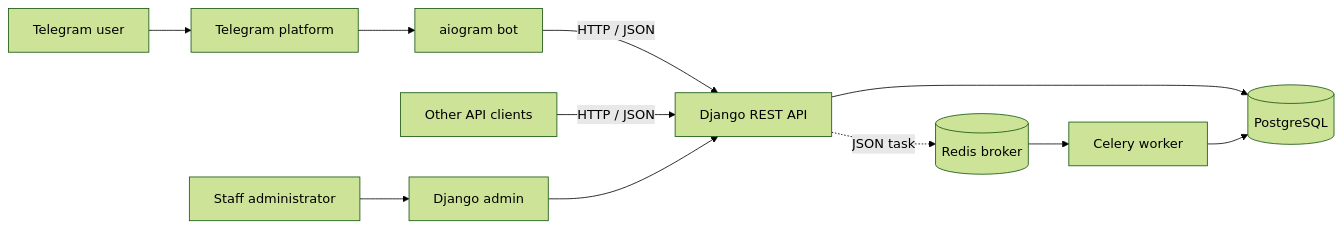
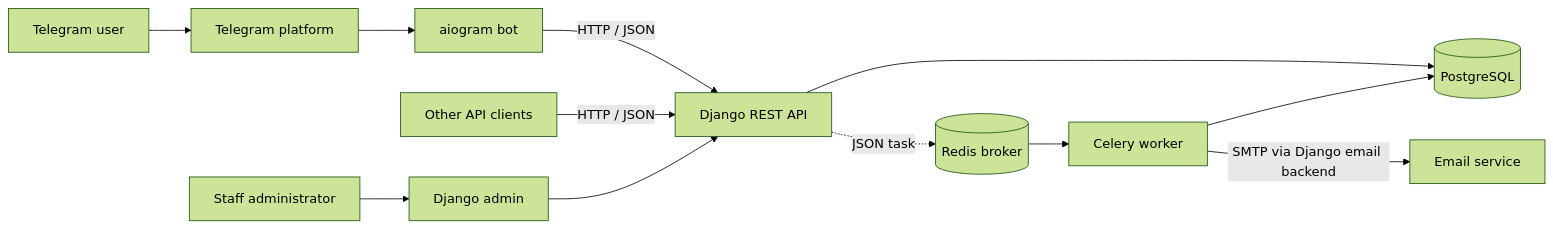
One commit to vladyslav-fdnk/ludora changed the first of 5 diagrams in docs/ARCHITECTURE.md. Above: the diagram before and after it, drawn with Mermaid (forest theme). The commit also changed other lines of this file and 1 other file, not shown here.

Commit message:
Improve project documentation and architecture

````diff
--- a/docs/ARCHITECTURE.md
+++ b/docs/ARCHITECTURE.md
@@ -117,13 +111,14 @@
 ```mermaid
 flowchart LR
     TU[Telegram user] --> TG[Telegram platform]
     TG --> BOT[aiogram bot]
     BOT -->|HTTP / JSON| API[Django REST API]
     WC[Other API clients] -->|HTTP / JSON| API
     SA[Staff administrator] --> ADMIN[Django admin]
     ADMIN --> API
     API --> DB[(PostgreSQL)]
     API -.->|JSON task| REDIS[(Redis broker)]
     REDIS --> WORKER[Celery worker]
     WORKER --> DB
+    WORKER -->|SMTP via Django email backend| EMAIL[Email service]
 ```
````
